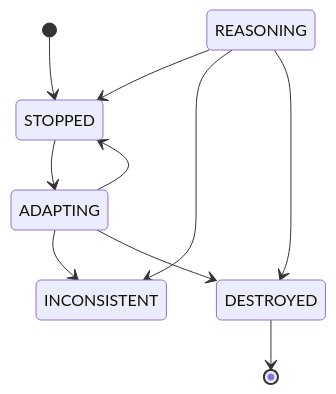
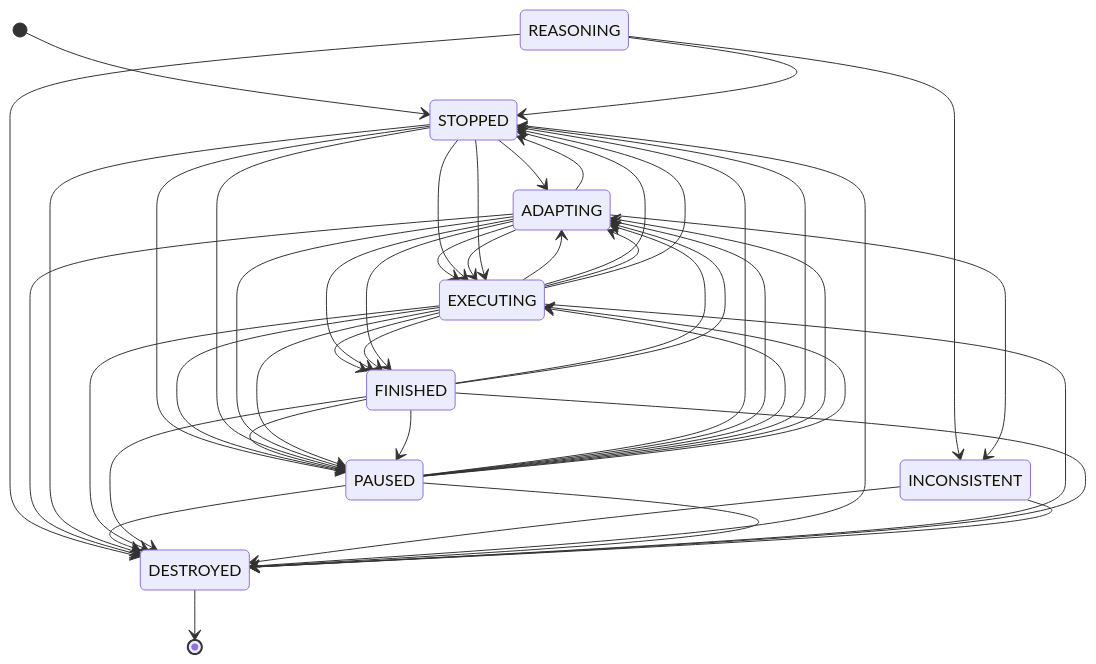
One commit to ratioSolver/AerialS changed the diagram in README.md. Above: the diagram before and after it, drawn with Mermaid.

Commit message:
trying mermaid for state diagram representation..

````diff
--- a/README.md
+++ b/README.md
@@ -44,12 +44,49 @@
 ```mermaid
 stateDiagram-v2
     [*] --> STOPPED
     DESTROYED --> [*]
     REASONING --> STOPPED
     REASONING --> INCONSISTENT
     REASONING --> DESTROYED
     ADAPTING --> INCONSISTENT
     ADAPTING --> DESTROYED
     STOPPED --> ADAPTING
+    STOPPED --> DESTROYED
+    STOPPED --> PAUSED
+    PAUSED --> STOPPED
+    PAUSED --> ADAPTING
+    PAUSED --> DESTROYED
+    EXECUTING --> ADAPTING
+    ADAPTING --> EXECUTING
+    EXECUTING --> STOPPED
+    STOPPED --> EXECUTING
+    EXECUTING --> PAUSED
+    PAUSED --> EXECUTING
+    EXECUTING --> FINISHED
+    EXECUTING --> DESTROYED
+    FINISHED --> ADAPTING
+    ADAPTING --> FINISHED
+    FINISHED --> PAUSED
+    FINISHED --> DESTROYED
+    INCONSISTENT --> DESTROYED
     ADAPTING --> STOPPED
+    STOPPED --> DESTROYED
+    STOPPED --> PAUSED
+    PAUSED --> STOPPED
+    PAUSED --> ADAPTING
+    ADAPTING --> PAUSED
+    PAUSED --> DESTROYED
+    EXECUTING --> ADAPTING
+    ADAPTING --> EXECUTING
+    EXECUTING --> STOPPED
+    STOPPED --> EXECUTING
+    EXECUTING --> PAUSED
+    PAUSED --> EXECUTING
+    EXECUTING --> FINISHED
+    EXECUTING --> DESTROYED
+    FINISHED --> ADAPTING
+    ADAPTING --> FINISHED
+    FINISHED --> PAUSED
+    FINISHED --> DESTROYED
+    INCONSISTENT --> DESTROYED
 ```
````
